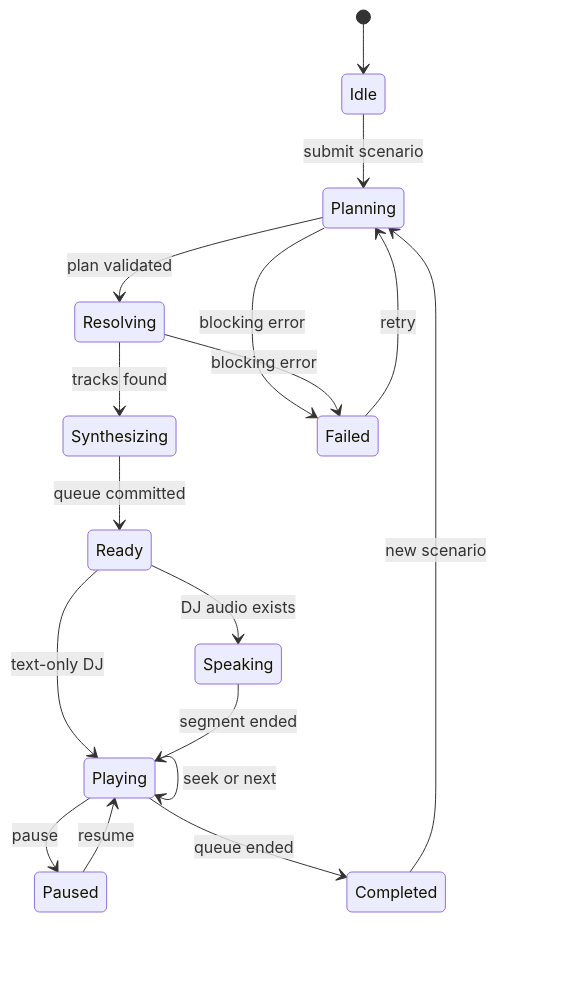
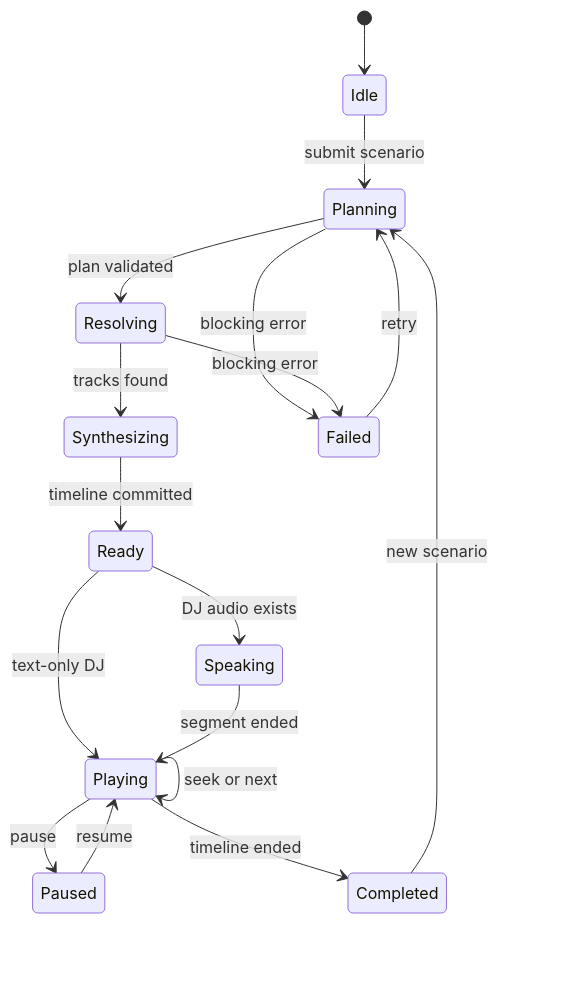
Before and after one commit to komochi007/koradio: the fourth of 8 diagrams in architecture.md, drawn with Mermaid. The commit also changed other lines of this file and 17 other files, not shown here.

Commit message:
校准项目基线并建立发布路线图

````diff
--- a/architecture.md
+++ b/architecture.md
@@ -162,19 +173,19 @@
 ```mermaid
 stateDiagram-v2
     [*] --> Idle
     Idle --> Planning: submit scenario
     Planning --> Resolving: plan validated
     Resolving --> Synthesizing: tracks found
-    Synthesizing --> Ready: queue committed
+    Synthesizing --> Ready: timeline committed
     Ready --> Speaking: DJ audio exists
     Ready --> Playing: text-only DJ
     Speaking --> Playing: segment ended
     Playing --> Paused: pause
     Paused --> Playing: resume
     Playing --> Playing: seek or next
-    Playing --> Completed: queue ended
+    Playing --> Completed: timeline ended
     Planning --> Failed: blocking error
     Resolving --> Failed: blocking error
     Failed --> Planning: retry
     Completed --> Planning: new scenario
 ```
````
